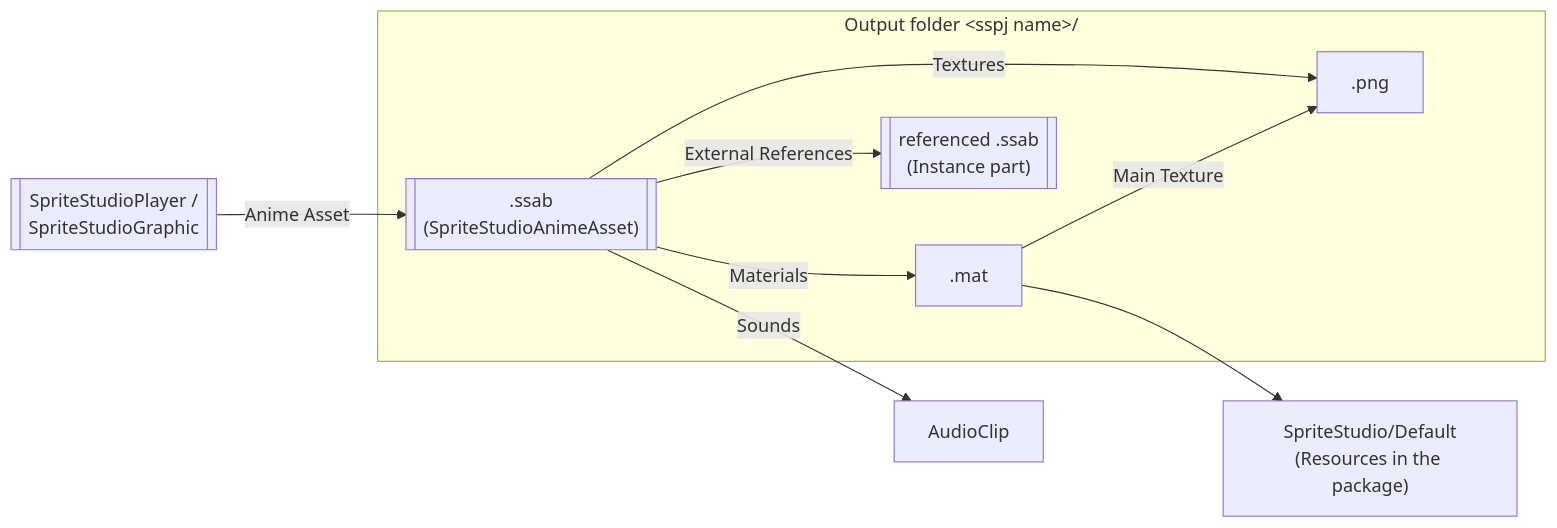
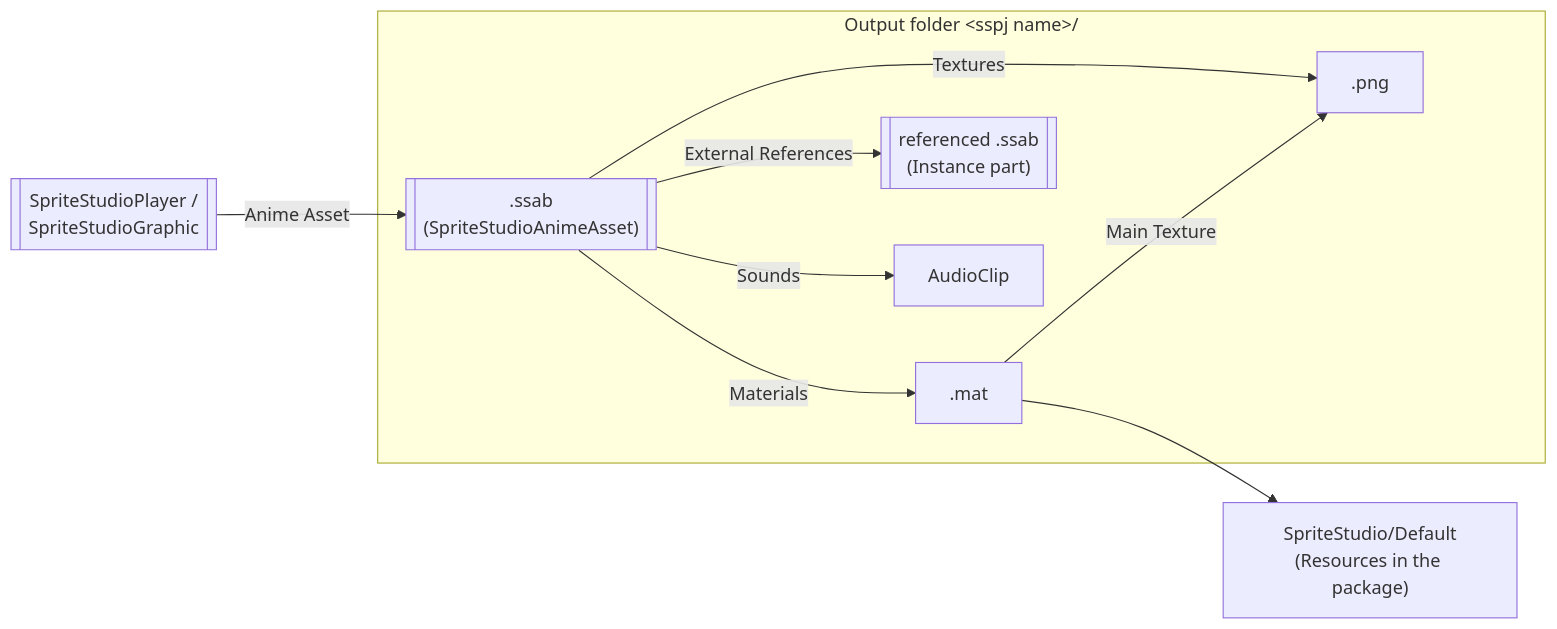
Before and after one commit to cri-middleware/SSPlayerForUnity: the diagram in docs/en/workflow/generated_assets.md, drawn with Mermaid. The commit also changed other lines of this file and 9 other files, not shown here.

````diff
--- a/docs/en/workflow/generated_assets.md
+++ b/docs/en/workflow/generated_assets.md
@@ -57,22 +60,22 @@
 ```mermaid
 graph LR
     NODE[[" SpriteStudioPlayer /<br>SpriteStudioGraphic "]]
 
     subgraph Gen ["Output folder &lt;sspj name&gt;/"]
         SSAB[[" .ssab<br>(SpriteStudioAnimeAsset) "]]
         MAT[" .mat "]
         TEX[" .png "]
         EXT[[" referenced .ssab<br>(Instance part) "]]
+        SND[" AudioClip "]
     end
 
-    SND[" AudioClip "]
     SHADER[" SpriteStudio/Default<br>(Resources in the package) "]
 
     NODE -- "Anime Asset" --> SSAB
     SSAB -- "Materials" --> MAT
     SSAB -- "Textures" --> TEX
     SSAB -- "External References" --> EXT
     SSAB -- "Sounds" --> SND
     MAT -- "Main Texture" --> TEX
     MAT --> SHADER
 ```
````
